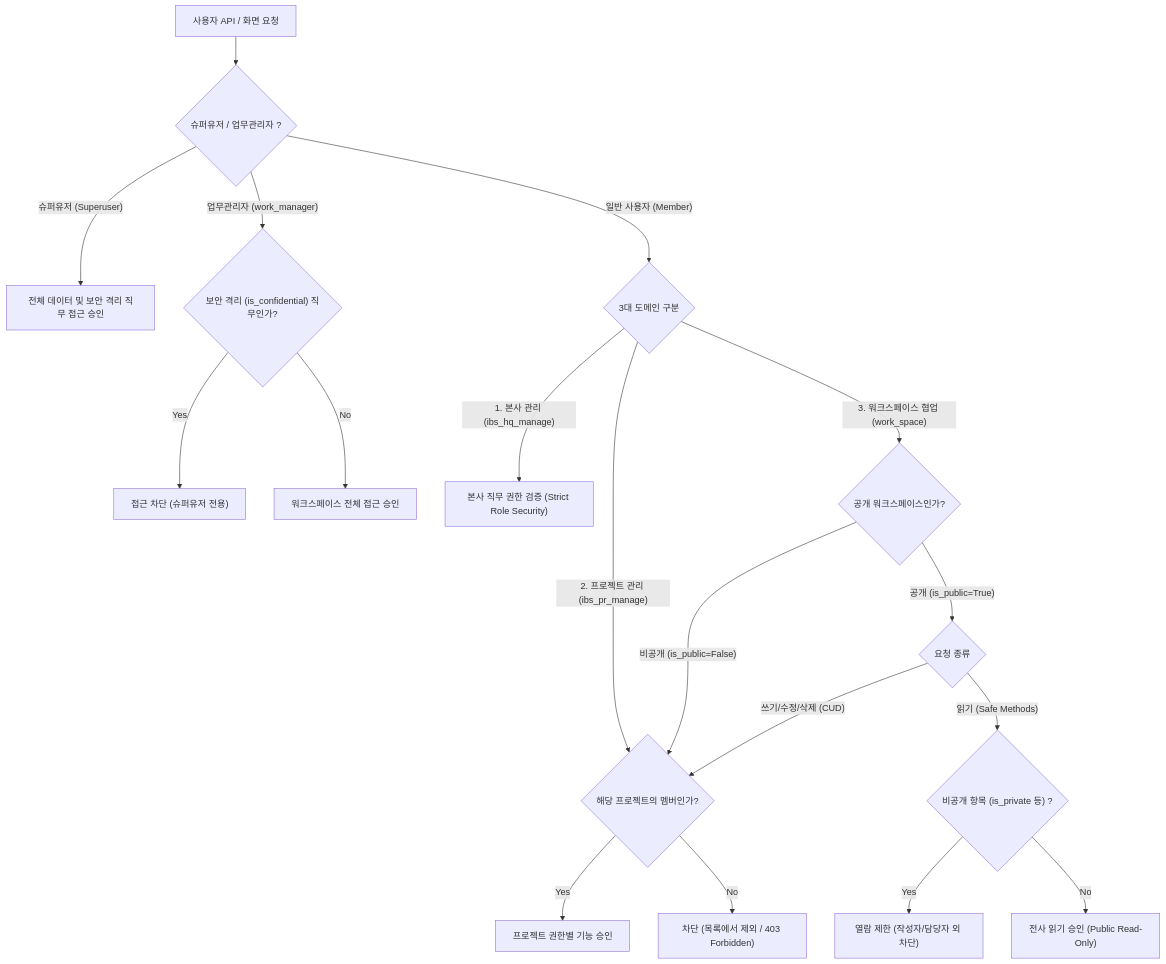
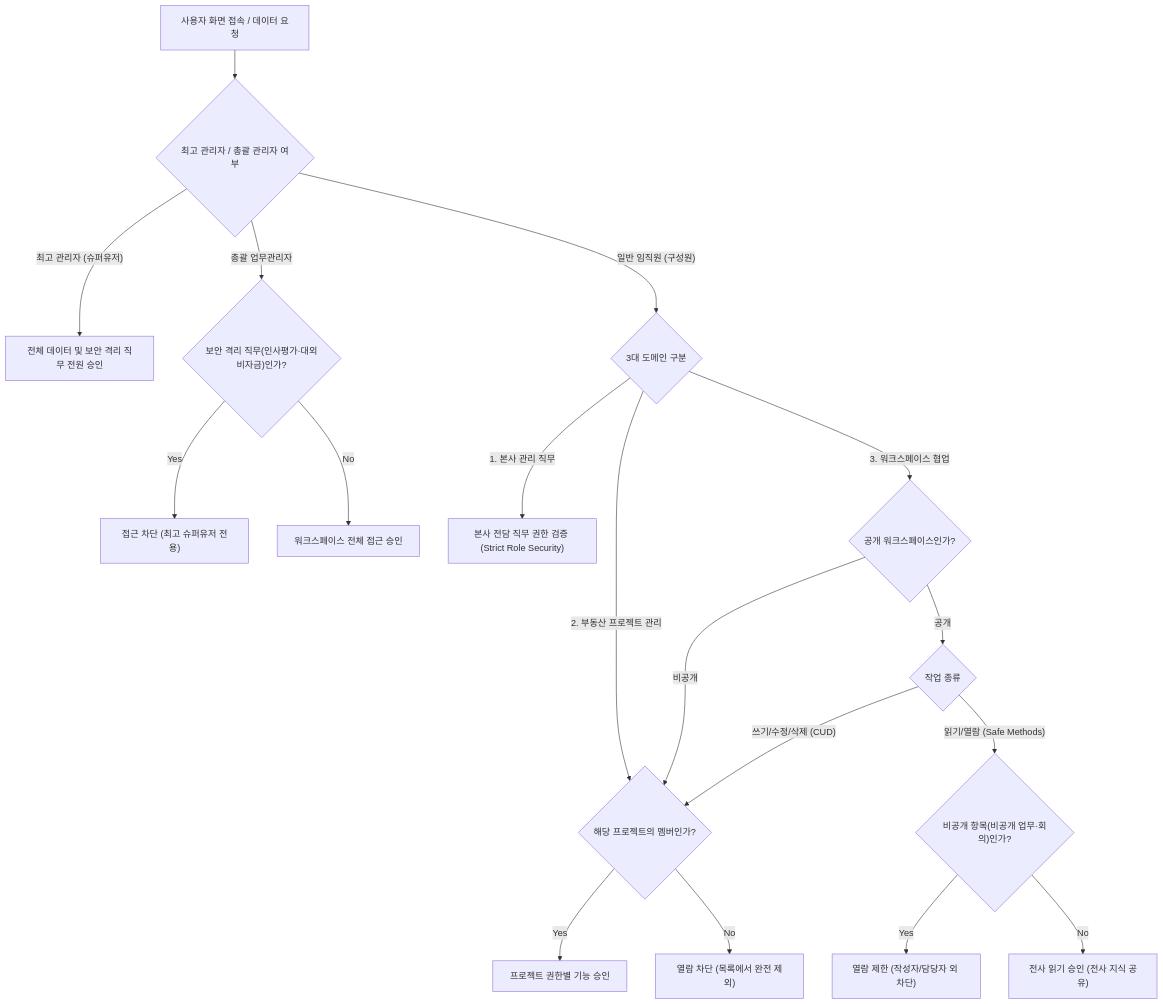
The diagram in app/vue/docs/work-setting/security-policy.md (nc2U/ibs), drawn with Mermaid before and after one commit. The commit also changed other lines of this file and 7 other files, not shown here.

````diff
--- a/app/vue/docs/work-setting/security-policy.md
+++ b/app/vue/docs/work-setting/security-policy.md
@@ -9,24 +26,24 @@
 ```mermaid
 flowchart TD
-    A["사용자 API / 화면 요청"] --> B{"슈퍼유저 / 업무관리자 ?"}
-    B -- " 슈퍼유저 (Superuser) " --> C["전체 데이터 및 보안 격리 직무 접근 승인"]
-    B -- " 업무관리자 (work_manager) " --> C1{"보안 격리 (is_confidential) 직무인가?"}
-    C1 -- Yes --> C2["접근 차단 (슈퍼유저 전용)"]
+    A["사용자 화면 접속 / 데이터 요청"] --> B{"최고 관리자 / 총괄 관리자 여부"}
+    B -- " 최고 관리자 (슈퍼유저) " --> C["전체 데이터 및 보안 격리 직무 전원 승인"]
+    B -- " 총괄 업무관리자 " --> C1{"보안 격리 직무(인사평가·대외비자금)인가?"}
+    C1 -- Yes --> C2["접근 차단 (최고 슈퍼유저 전용)"]
     C1 -- No --> C3["워크스페이스 전체 접근 승인"]
 
-    B -- " 일반 사용자 (Member) " --> D{"3대 도메인 구분"}
+    B -- " 일반 임직원 (구성원) " --> D{"3대 도메인 구분"}
     
-    D -- " 1. 본사 관리 (ibs_hq_manage) " --> E["본사 직무 권한 검증 (Strict Role Security)"]
+    D -- " 1. 본사 관리 직무 " --> E["본사 전담 직무 권한 검증 (Strict Role Security)"]
     
-    D -- " 2. 프로젝트 관리 (ibs_pr_manage) " --> F{"해당 프로젝트의 멤버인가?"}
+    D -- " 2. 부동산 프로젝트 관리 " --> F{"해당 프로젝트의 멤버인가?"}
     F -- Yes --> F1["프로젝트 권한별 기능 승인"]
-    F -- No --> F2["차단 (목록에서 제외 / 403 Forbidden)"]
+    F -- No --> F2["열람 차단 (목록에서 완전 제외)"]
     
-    D -- " 3. 워크스페이스 협업 (work_space) " --> G{"공개 워크스페이스인가?"}
-    G -- " 비공개 (is_public=False) " --> F
-    G -- " 공개 (is_public=True) " --> H{"요청 종류"}
+    D -- " 3. 워크스페이스 협업 " --> G{"공개 워크스페이스인가?"}
+    G -- " 비공개 " --> F
+    G -- " 공개 " --> H{"작업 종류"}
     H -- " 쓰기/수정/삭제 (CUD) " --> F
-    H -- " 읽기 (Safe Methods) " --> I{"비공개 항목 (is_private 등) ?"}
+    H -- " 읽기/열람 (Safe Methods) " --> I{"비공개 항목(비공개 업무·회의)인가?"}
     I -- Yes --> I1["열람 제한 (작성자/담당자 외 차단)"]
-    I -- No --> I2["전사 읽기 승인 (Public Read-Only)"]
+    I -- No --> I2["전사 읽기 승인 (전사 지식 공유)"]
 ```
````
